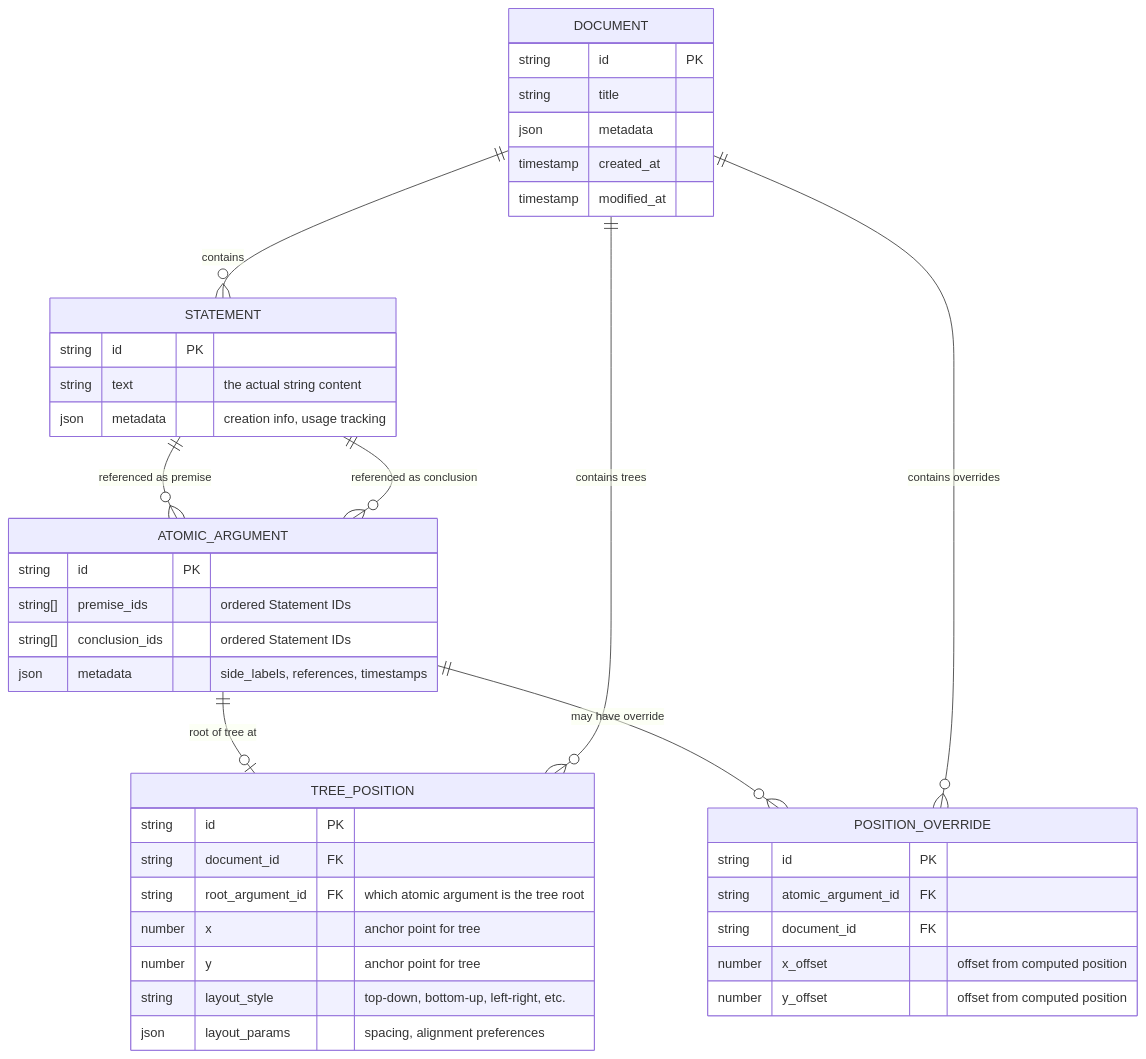
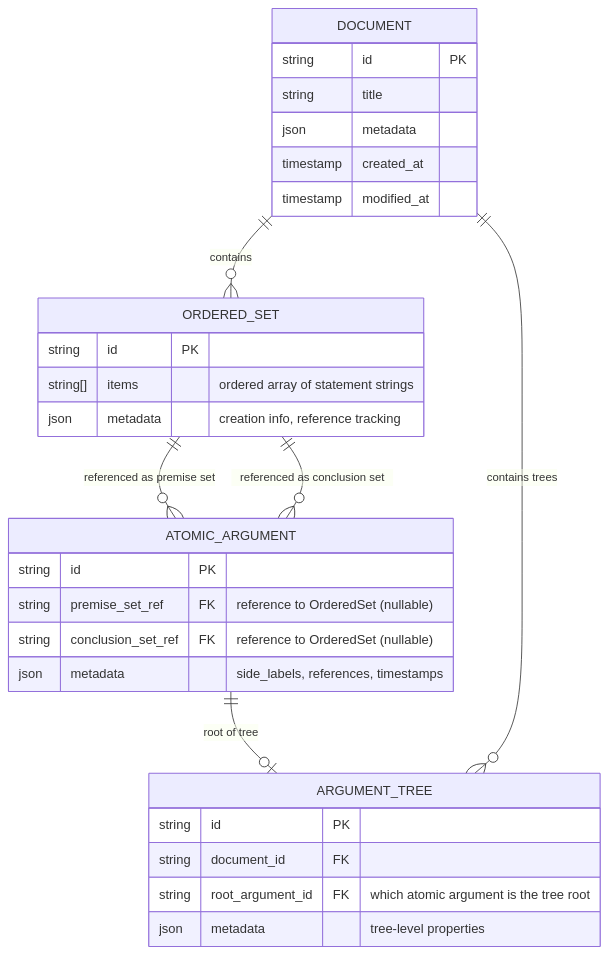
One commit to nate123456/proof-editor changed the diagram in docs/08-technical-design/conceptual-data-model.md. Above: the diagram before and after it, drawn with Mermaid. The commit also changed other lines of this file and 47 other files, not shown here.

````diff
--- a/docs/08-technical-design/conceptual-data-model.md
+++ b/docs/08-technical-design/conceptual-data-model.md
@@ -17,48 +19,35 @@
 ```mermaid
 erDiagram
-    STATEMENT {
+    ORDERED_SET {
         string id PK
-        string text "the actual string content"
-        json metadata "creation info, usage tracking"
+        string[] items "ordered array of statement strings"
+        json metadata "creation info, reference tracking"
     }
     ATOMIC_ARGUMENT {
         string id PK
-        string[] premise_ids "ordered Statement IDs"
-        string[] conclusion_ids "ordered Statement IDs"
+        string premise_set_ref FK "reference to OrderedSet (nullable)"
+        string conclusion_set_ref FK "reference to OrderedSet (nullable)"
         json metadata "side_labels, references, timestamps"
     }
     
     DOCUMENT {
         string id PK
         string title
         json metadata
         timestamp created_at
         timestamp modified_at
     }
     
-    TREE_POSITION {
+    ARGUMENT_TREE {
         string id PK
         string document_id FK
         string root_argument_id FK "which atomic argument is the tree root"
-        number x "anchor point for tree"
-        number y "anchor point for tree"
-        string layout_style "top-down, bottom-up, left-right, etc."
-        json layout_params "spacing, alignment preferences"
+        json metadata "tree-level properties"
     }
     
-    POSITION_OVERRIDE {
-        string id PK
-        string atomic_argument_id FK
-        string document_id FK
-        number x_offset "offset from computed position"
-        number y_offset "offset from computed position"
-    }
-    
-    STATEMENT ||--o{ ATOMIC_ARGUMENT : "referenced as premise"
-    STATEMENT ||--o{ ATOMIC_ARGUMENT : "referenced as conclusion"
-    ATOMIC_ARGUMENT ||--o| TREE_POSITION : "root of tree at"
-    ATOMIC_ARGUMENT ||--o{ POSITION_OVERRIDE : "may have override"
-    DOCUMENT ||--o{ TREE_POSITION : "contains trees"
-    DOCUMENT ||--o{ POSITION_OVERRIDE : "contains overrides"
-    DOCUMENT ||--o{ STATEMENT : "contains"
+    ORDERED_SET ||--o{ ATOMIC_ARGUMENT : "referenced as premise set"
+    ORDERED_SET ||--o{ ATOMIC_ARGUMENT : "referenced as conclusion set"
+    ATOMIC_ARGUMENT ||--o| ARGUMENT_TREE : "root of tree"
+    DOCUMENT ||--o{ ARGUMENT_TREE : "contains trees"
+    DOCUMENT ||--o{ ORDERED_SET : "contains"
 ```
````
